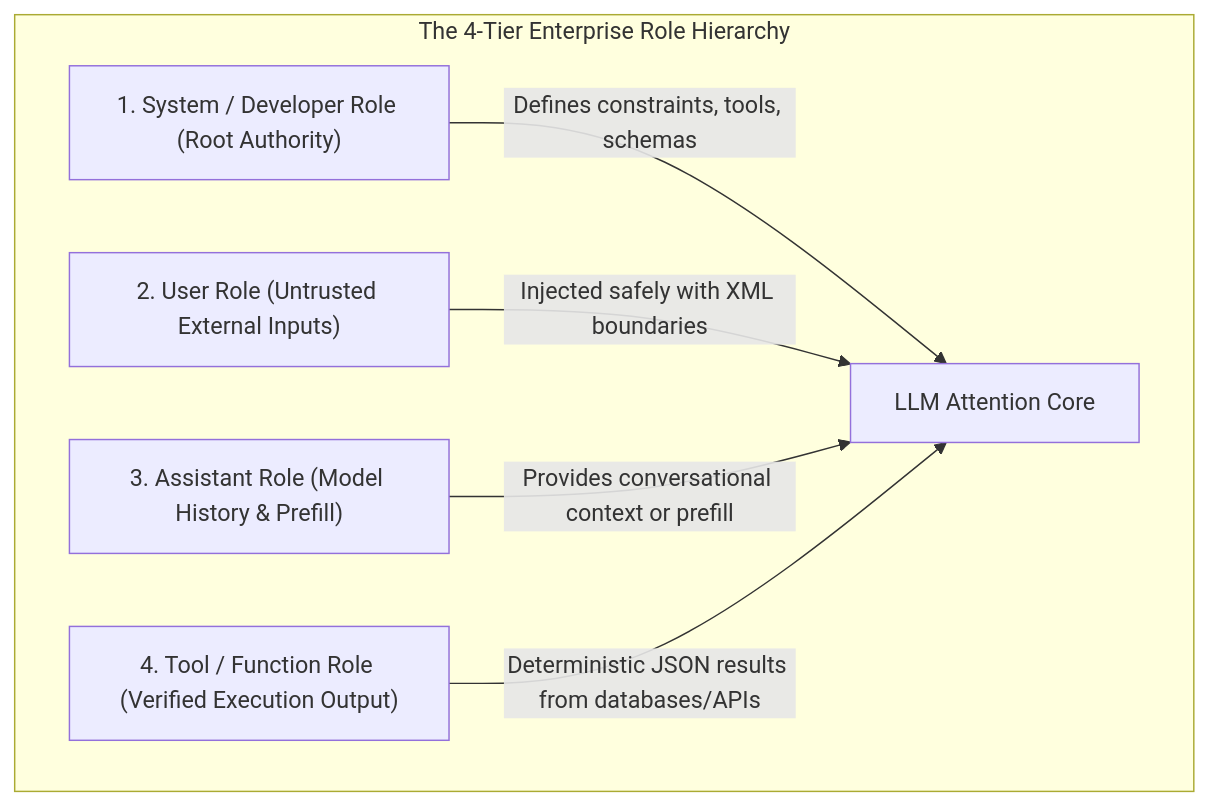
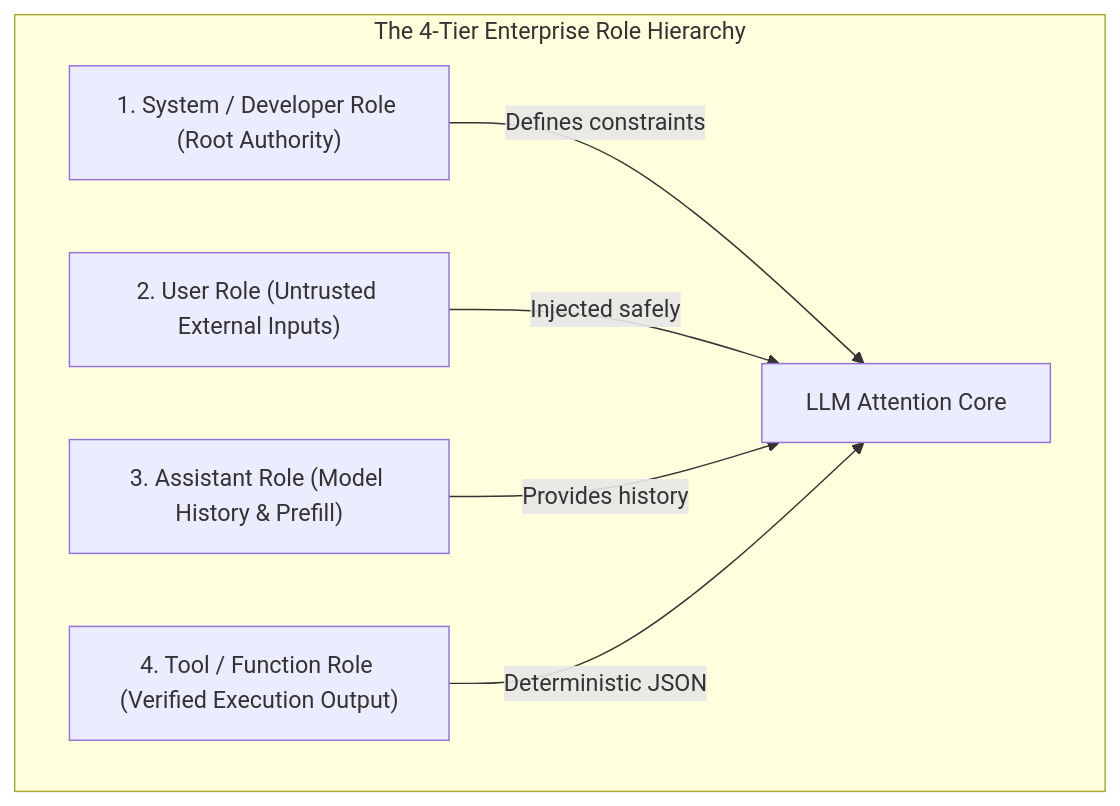
One commit to dip4k/senior-engineer-to-ai-engineer-roadmap changed the third of 6 diagrams in 01-prompt-and-context-engineering/README.md. Above: the diagram before and after it, drawn with Mermaid. The commit also changed other lines of this file and 39 other files, not shown here.

First line of the commit message:
Enhance use case documentation for Enterprise AI, including new architectural standards and resilience implementations

````diff
--- a/01-prompt-and-context-engineering/README.md
+++ b/01-prompt-and-context-engineering/README.md
@@ -78,14 +76,14 @@
 ```mermaid
 flowchart TD
     subgraph Roles["The 4-Tier Enterprise Role Hierarchy"]
         SystemRole["1. System / Developer Role (Root Authority)"]
         UserRole["2. User Role (Untrusted External Inputs)"]
         AssistantRole["3. Assistant Role (Model History & Prefill)"]
         ToolRole["4. Tool / Function Role (Verified Execution Output)"]
         
-        SystemRole -->|"Defines constraints, tools, schemas"| Engine["LLM Attention Core"]
-        UserRole -->|"Injected safely with XML boundaries"| Engine
-        AssistantRole -->|"Provides conversational context or prefill"| Engine
-        ToolRole -->|"Deterministic JSON results from databases/APIs"| Engine
+        SystemRole -->|"Defines constraints"| Engine["LLM Attention Core"]
+        UserRole -->|"Injected safely"| Engine
+        AssistantRole -->|"Provides history"| Engine
+        ToolRole -->|"Deterministic JSON"| Engine
     end
 ```
````
